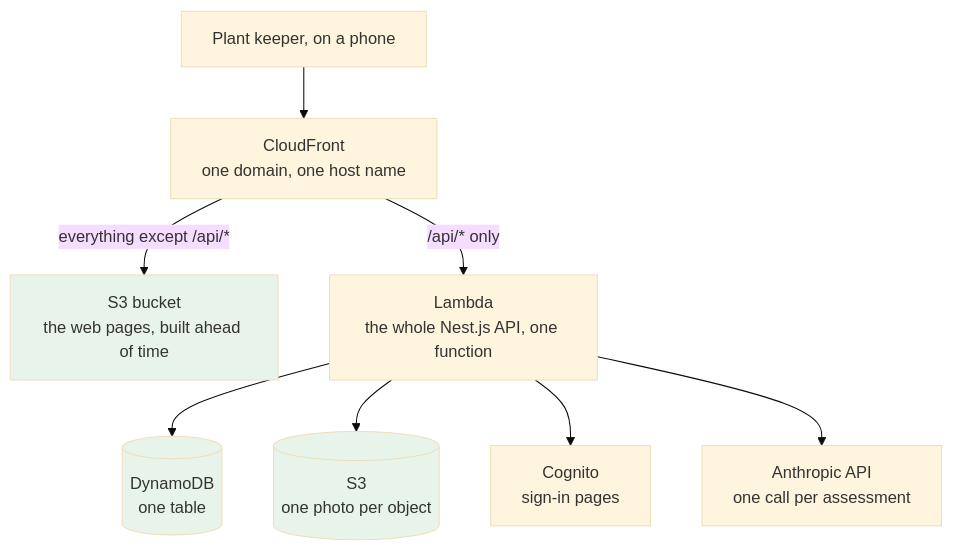
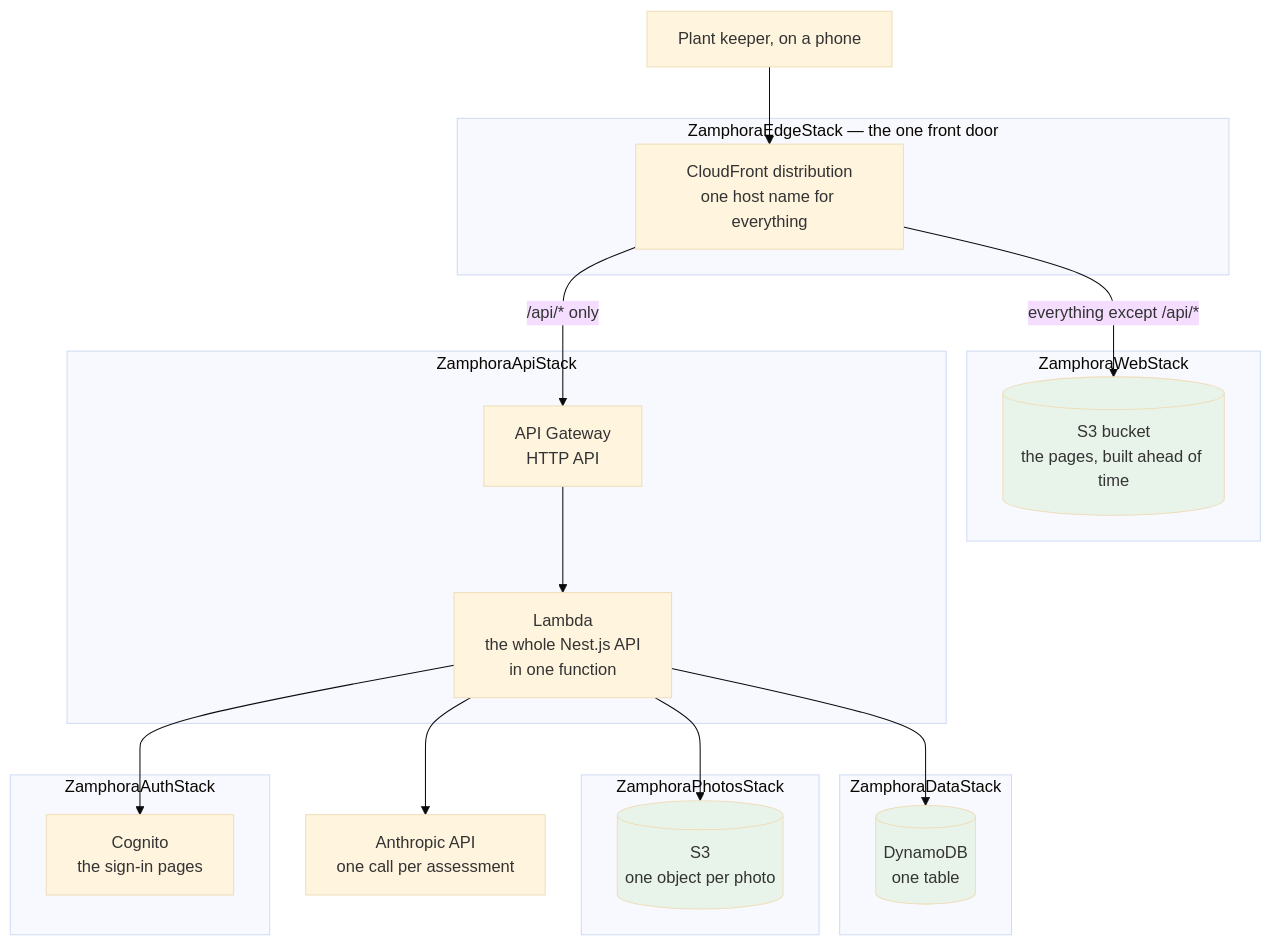
Before and after one commit to poszetkristof/zamphora: the first of 10 diagrams in docs/learn/aws-and-the-pipeline.md, drawn with Mermaid (base theme). The commit also changed other lines of this file and 22 other files, not shown here.

````diff
--- a/docs/learn/aws-and-the-pipeline.md
+++ b/docs/learn/aws-and-the-pipeline.md
@@ -51,14 +99,39 @@
 ```mermaid
 flowchart TD
-    U["Plant keeper, on a phone"] --> CF["CloudFront<br/>one domain, one host name"]
-    CF -->|"everything except /api/*"| WEB["S3 bucket<br/>the web pages, built ahead of time"]
-    CF -->|"/api/* only"| API["Lambda<br/>the whole Nest.js API, one function"]
-    API --> DDB[("DynamoDB<br/>one table")]
-    API --> PHOTO[("S3<br/>one photo per object")]
-    API --> COG["Cognito<br/>sign-in pages"]
-    API --> ANT["Anthropic API<br/>one call per assessment"]
+    U["Plant keeper, on a phone"] --> CF
+
+    subgraph EDGE ["ZamphoraEdgeStack — the one front door"]
+        CF["CloudFront distribution<br/>one host name for everything"]
+    end
+
+    subgraph WEBS ["ZamphoraWebStack"]
+        WEB[("S3 bucket<br/>the pages, built ahead of time")]
+    end
+
+    subgraph APIS ["ZamphoraApiStack"]
+        GW["API Gateway<br/>HTTP API"] --> FN["Lambda<br/>the whole Nest.js API<br/>in one function"]
+    end
+
+    subgraph DATA ["ZamphoraDataStack"]
+        DDB[("DynamoDB<br/>one table")]
+    end
+
+    subgraph PHOTOS ["ZamphoraPhotosStack"]
+        PH[("S3<br/>one object per photo")]
+    end
+
+    subgraph AUTH ["ZamphoraAuthStack"]
+        COG["Cognito<br/>the sign-in pages"]
+    end
+
+    CF -->|"everything except /api/*"| WEB
+    CF -->|"/api/* only"| GW
+    FN --> DDB
+    FN --> PH
+    FN --> COG
+    FN --> ANT["Anthropic API<br/>one call per assessment"]
 
     style WEB fill:#e8f4ea
     style DDB fill:#e8f4ea
-    style PHOTO fill:#e8f4ea
+    style PH fill:#e8f4ea
 ```
````
